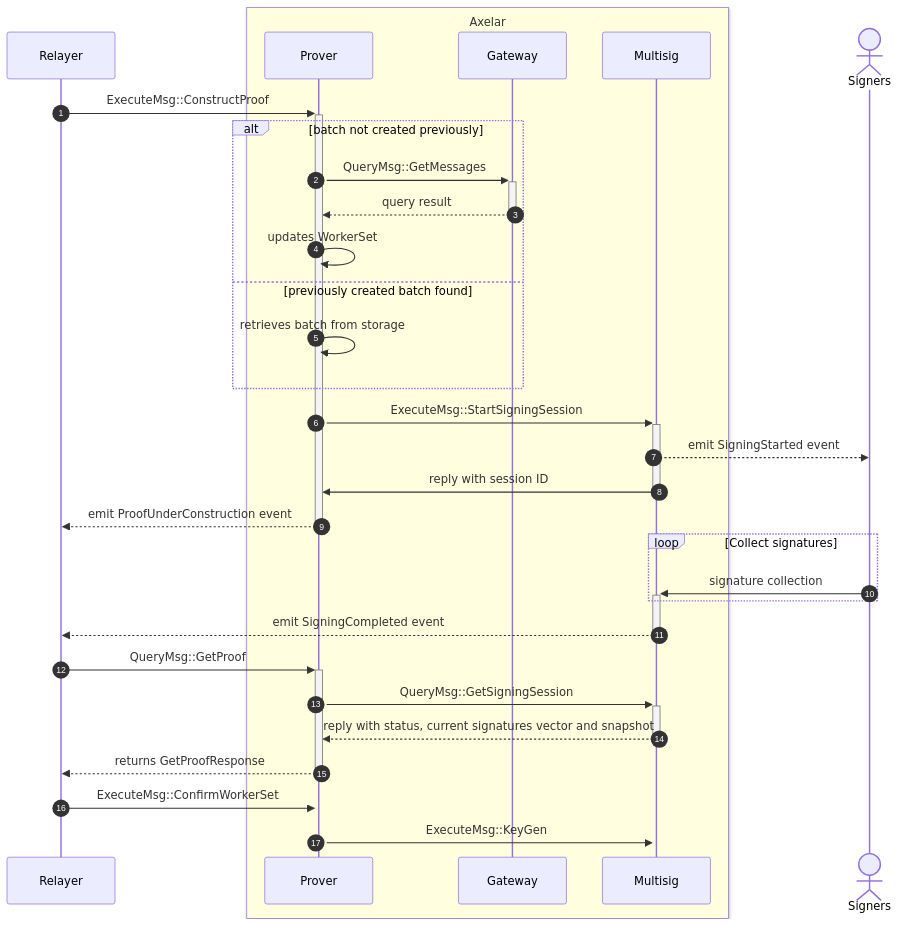
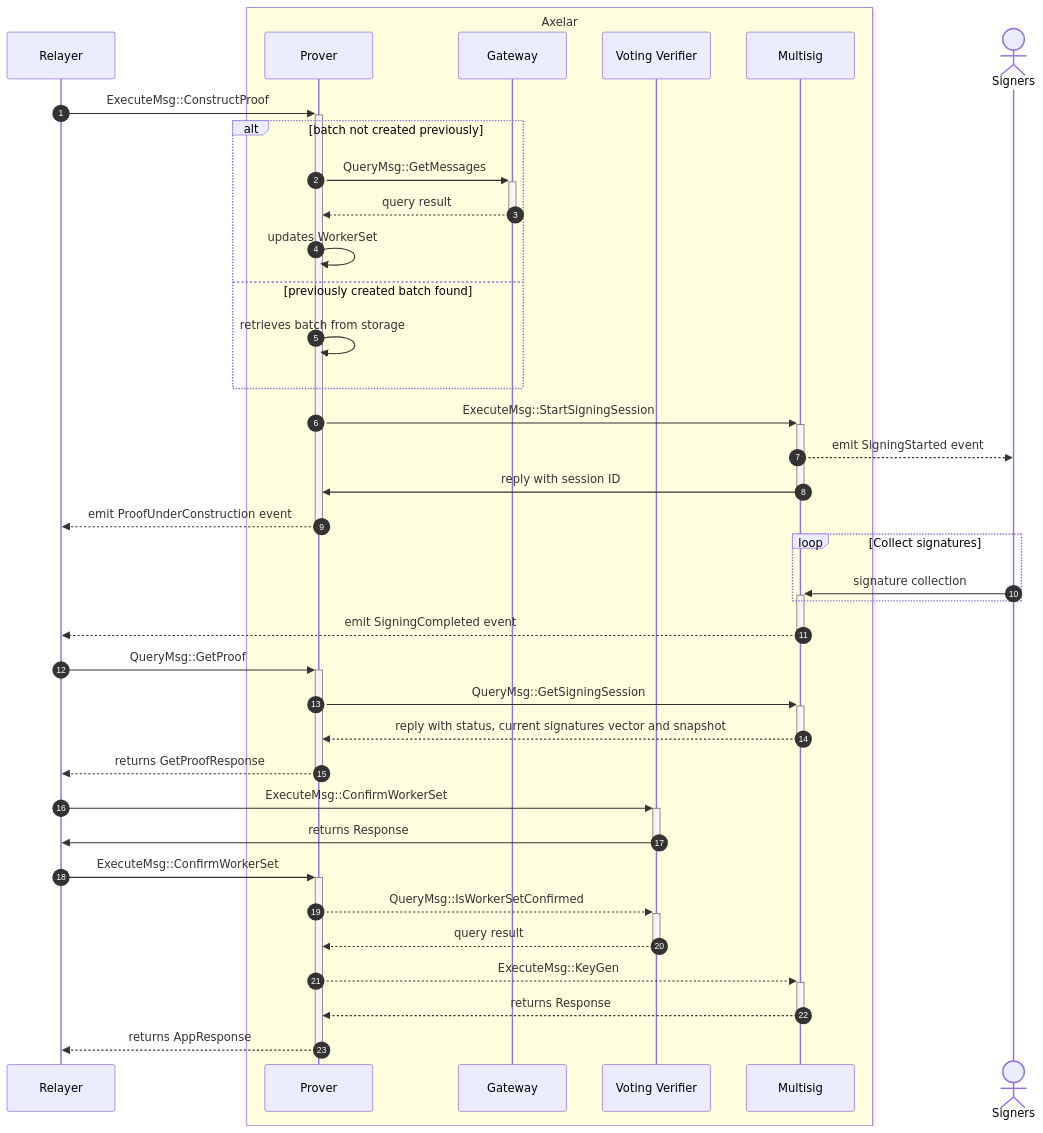
The second of 2 diagrams in doc/src/contracts/multisig_prover.md (axelarnetwork/axelar-amplifier), drawn with Mermaid before and after one commit. The commit also changed other lines of this file, not shown here.

Commit message:
Include Voting Verifier

````diff
--- a/doc/src/contracts/multisig_prover.md
+++ b/doc/src/contracts/multisig_prover.md
@@ -29,35 +29,42 @@
 ```mermaid
 sequenceDiagram
 autonumber
 participant Relayer
 box LightYellow Axelar
 participant Prover
 participant Gateway
+participant Voting Verifier
 participant Multisig
 end
 actor Signers
 
 Relayer->>+Prover: ExecuteMsg::ConstructProof
 alt batch not created previously
   Prover->>+Gateway: QueryMsg::GetMessages
   Gateway-->>-Prover: query result
   Prover->>Prover: updates WorkerSet
 else previously created batch found
   Prover->>Prover: retrieves batch from storage
 end
 Prover->>+Multisig: ExecuteMsg::StartSigningSession
 Multisig-->>Signers: emit SigningStarted event
 Multisig->>-Prover: reply with session ID
 Prover-->>Relayer: emit ProofUnderConstruction event
 deactivate Prover
 loop Collect signatures
 	Signers->>+Multisig: signature collection
 end
 Multisig-->>-Relayer: emit SigningCompleted event
 Relayer->>+Prover: QueryMsg::GetProof
 Prover->>+Multisig: QueryMsg::GetSigningSession
 Multisig-->>-Prover: reply with status, current signatures vector and snapshot
 Prover-->>-Relayer: returns GetProofResponse
+Relayer->>+Voting Verifier: ExecuteMsg::ConfirmWorkerSet
+Voting Verifier->>-Relayer: returns Response
 Relayer->>+Prover: ExecuteMsg::ConfirmWorkerSet
-Prover->>+Multisig: ExecuteMsg::KeyGen
+Prover-->>+Voting Verifier:QueryMsg::IsWorkerSetConfirmed
+Voting Verifier-->>-Prover: query result
+Prover-->>+Multisig: ExecuteMsg::KeyGen
+Multisig-->>-Prover: returns Response
+Prover-->>-Relayer: returns AppResponse
 ```
````
